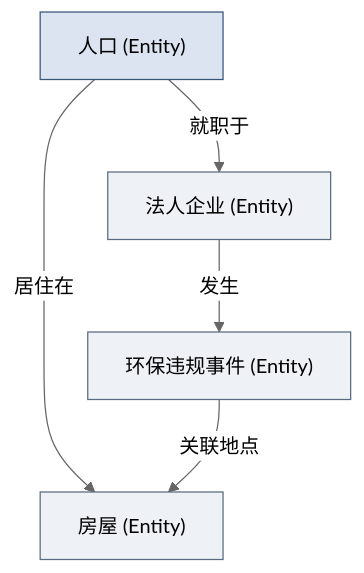
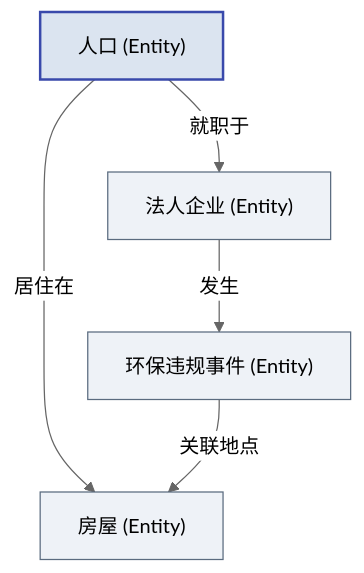
The diagram in textbook/第06章_Phase2_Prototype.md (cloudzun/fde-course), drawn with Mermaid (neutral theme) before and after one commit. The commit also changed other lines of this file and 12 other files, not shown here.

Commit message:
style: 全库21张mermaid图规范化——节点ID语义化+品牌色统一+补齐图注，第11章新增反馈环路图

````diff
--- a/textbook/第06章_Phase2_Prototype.md
+++ b/textbook/第06章_Phase2_Prototype.md
@@ -44,12 +44,12 @@
 ```mermaid
 graph TD
-    A["人口 (Entity)"] -->|居住在| B["房屋 (Entity)"]
-    A -->|就职于| C["法人企业 (Entity)"]
-    C -->|发生| D["环保违规事件 (Entity)"]
-    D -->|关联地点| B
+    person["人口 (Entity)"] -->|居住在| house["房屋 (Entity)"]
+    person -->|就职于| corp["法人企业 (Entity)"]
+    corp -->|发生| viol["环保违规事件 (Entity)"]
+    viol -->|关联地点| house
 
-    style A fill:#dbe4f0,stroke:#3a5578
-    style B fill:#eef2f7,stroke:#5a6b7f
-    style C fill:#eef2f7,stroke:#5a6b7f
-    style D fill:#eef2f7,stroke:#5a6b7f
+    style person fill:#dbe4f0,stroke:#3949ab,stroke-width:2px
+    style house fill:#eef2f7,stroke:#5a6b7f
+    style corp fill:#eef2f7,stroke:#5a6b7f
+    style viol fill:#eef2f7,stroke:#5a6b7f
 ```
````
